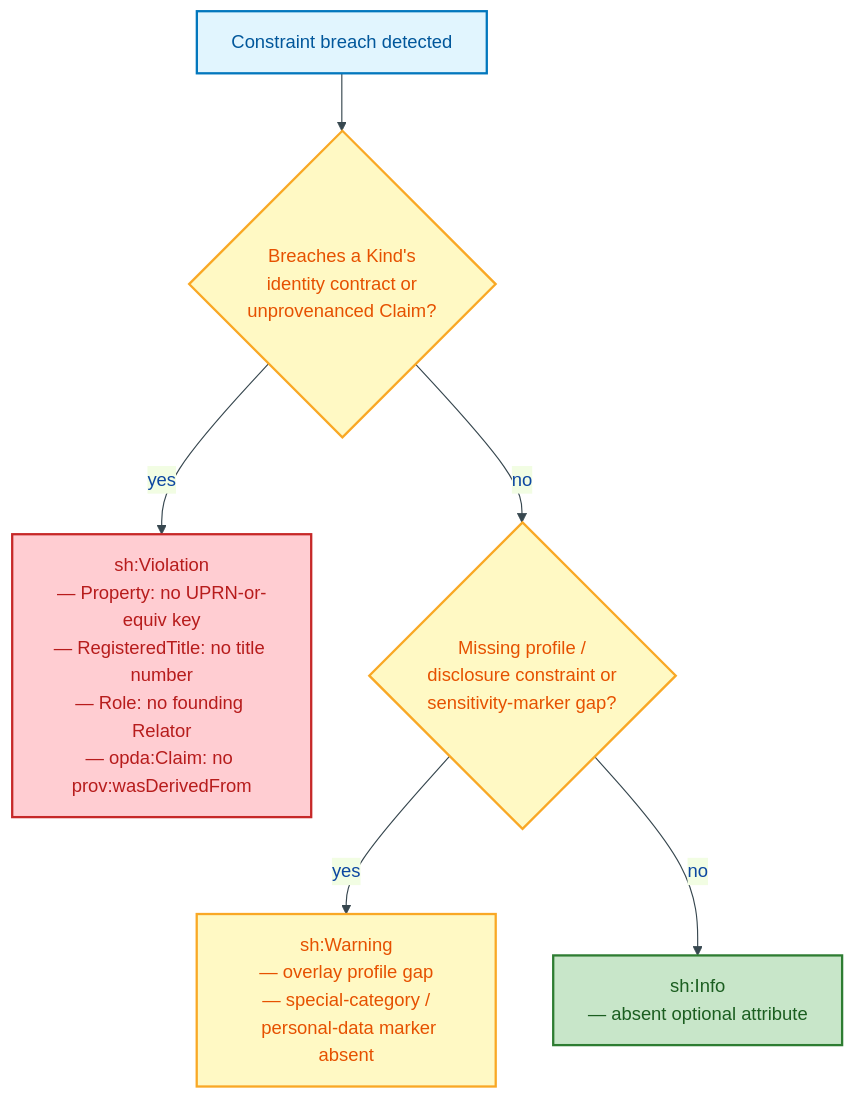
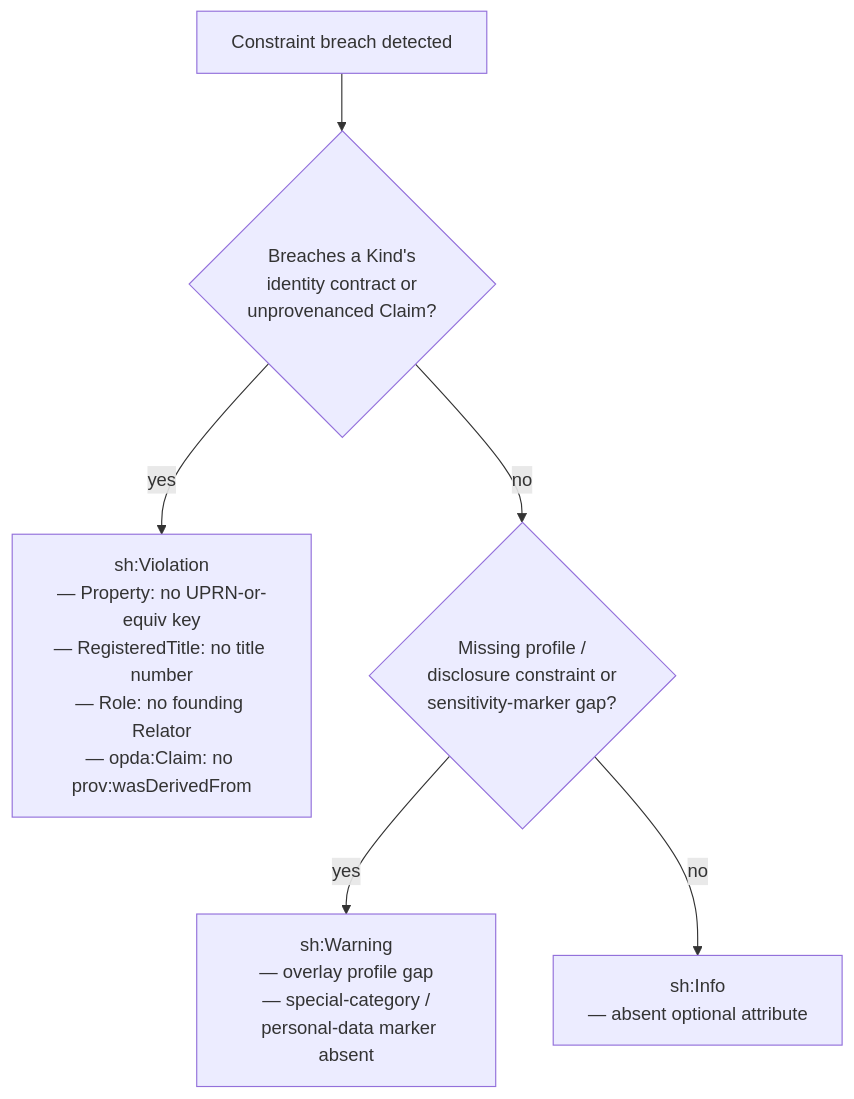
Before and after one commit to sparkling/opda: the second of 4 diagrams in docs/ontology/odr/ODR-0013-shacl-validation-and-severity.md, drawn with Mermaid. The commit also changed other lines of this file and 25 other files, not shown here.

````diff
--- a/docs/ontology/odr/ODR-0013-shacl-validation-and-severity.md
+++ b/docs/ontology/odr/ODR-0013-shacl-validation-and-severity.md
@@ -82,18 +77,12 @@
 ```mermaid
-%%{init:{"theme":"base","themeVariables":{"primaryColor":"#E3F2FD","primaryTextColor":"#0D47A1","primaryBorderColor":"#1565C0","lineColor":"#37474F"}}}%%
 flowchart TD
     accTitle: SHACL severity tier assignment
     accDescr: A validation result is assigned sh:Violation, sh:Warning, or sh:Info depending on whether it breaches an identity contract, a profile or sensitivity constraint, or merely notes an absent optional attribute.
-    classDef process fill:#E1F5FE,stroke:#0277BD,stroke-width:2px,color:#01579B
-    classDef decision fill:#FFF9C4,stroke:#F9A825,stroke-width:2px,color:#E65100
-    classDef violation fill:#FFCDD2,stroke:#C62828,stroke-width:2px,color:#B71C1C
-    classDef warning fill:#FFF9C4,stroke:#F9A825,stroke-width:2px,color:#E65100
-    classDef info fill:#C8E6C9,stroke:#2E7D32,stroke-width:2px,color:#1B5E20
 
     R["Constraint breach detected"]:::process
-    R --> D1{"Breaches a Kind's<br/>identity contract or<br/>unprovenanced Claim?"}:::decision
-    D1 -->|"yes"| VIO["sh:Violation<br/>— Property: no UPRN-or-equiv key<br/>— RegisteredTitle: no title number<br/>— Role: no founding Relator<br/>— opda:Claim: no prov:wasDerivedFrom"]:::violation
-    D1 -->|"no"| D2{"Missing profile /<br/>disclosure constraint or<br/>sensitivity-marker gap?"}:::decision
+    R --> D1{"Breaches a Kind's<br/>identity contract or<br/>unprovenanced Claim?"}:::warning
+    D1 -->|"yes"| VIO["sh:Violation<br/>— Property: no UPRN-or-equiv key<br/>— RegisteredTitle: no title number<br/>— Role: no founding Relator<br/>— opda:Claim: no prov:wasDerivedFrom"]:::error
+    D1 -->|"no"| D2{"Missing profile /<br/>disclosure constraint or<br/>sensitivity-marker gap?"}:::warning
     D2 -->|"yes"| WARN["sh:Warning<br/>— overlay profile gap<br/>— special-category /<br/>  personal-data marker absent"]:::warning
-    D2 -->|"no"| INF["sh:Info<br/>— absent optional attribute"]:::info
+    D2 -->|"no"| INF["sh:Info<br/>— absent optional attribute"]:::success
 ```
````
